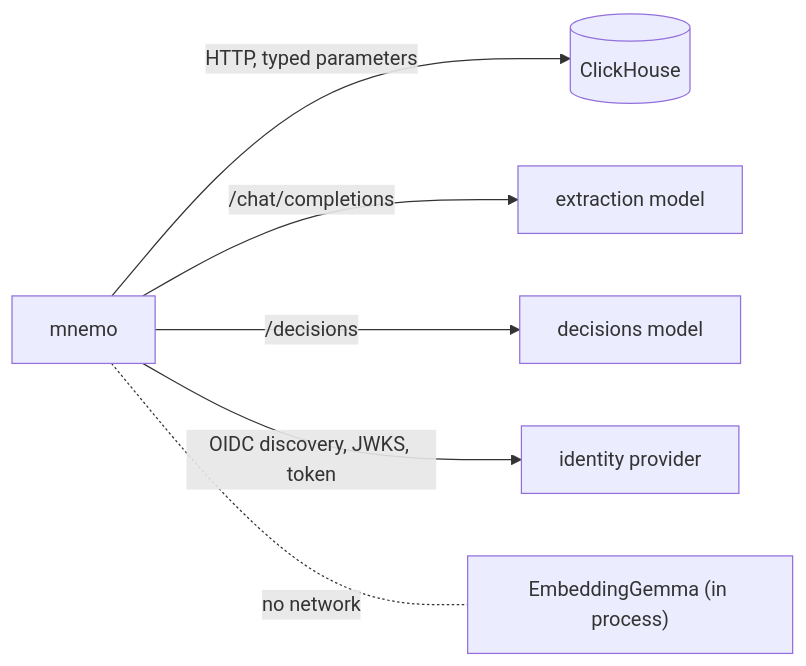
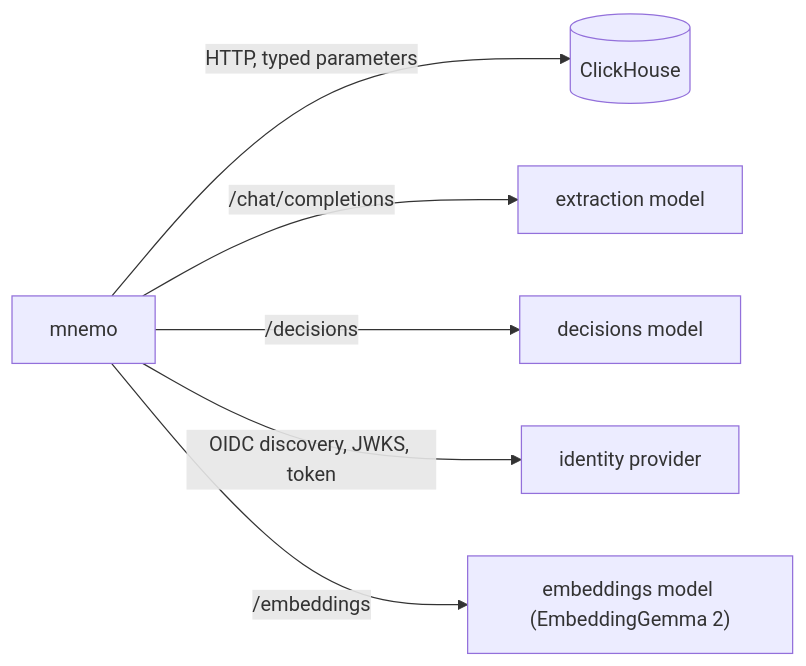
The third of 3 diagrams in docs/architecture.md (mariojcr/mnemo), drawn with Mermaid before and after one commit. The commit also changed other lines of this file and 14 other files, not shown here.

First line of the commit message:
refactor: EmbeddingGemma 2 from an embeddings endpoint, no ONNX Runtime in the image (#9)

````diff
--- a/docs/architecture.md
+++ b/docs/architecture.md
@@ -99,9 +99,9 @@
 ```mermaid
 flowchart LR
     MN["mnemo"]
     MN -- "HTTP, typed parameters" --> CH[("ClickHouse")]
     MN -- "/chat/completions" --> LLM["extraction model"]
     MN -- "/decisions" --> DEC["decisions model"]
     MN -- "OIDC discovery, JWKS, token" --> IDP["identity provider"]
-    MN -. "no network" .- ONNX["EmbeddingGemma (in process)"]
+    MN -- "/embeddings" --> EMBM["embeddings model (EmbeddingGemma 2)"]
 ```
````
